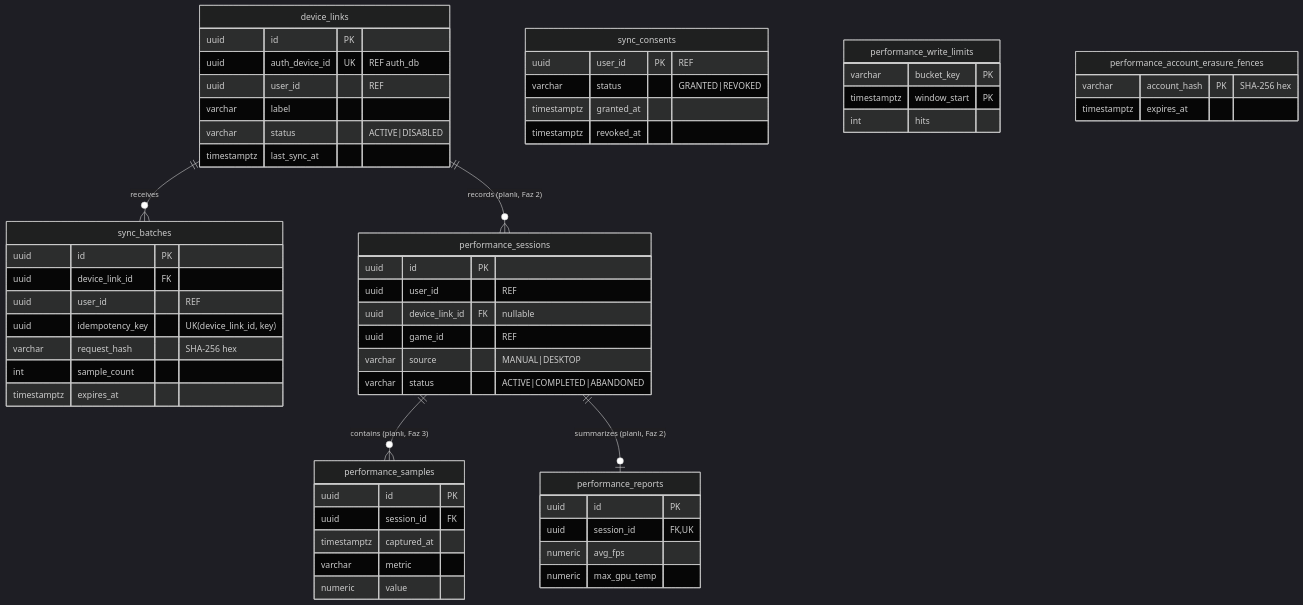
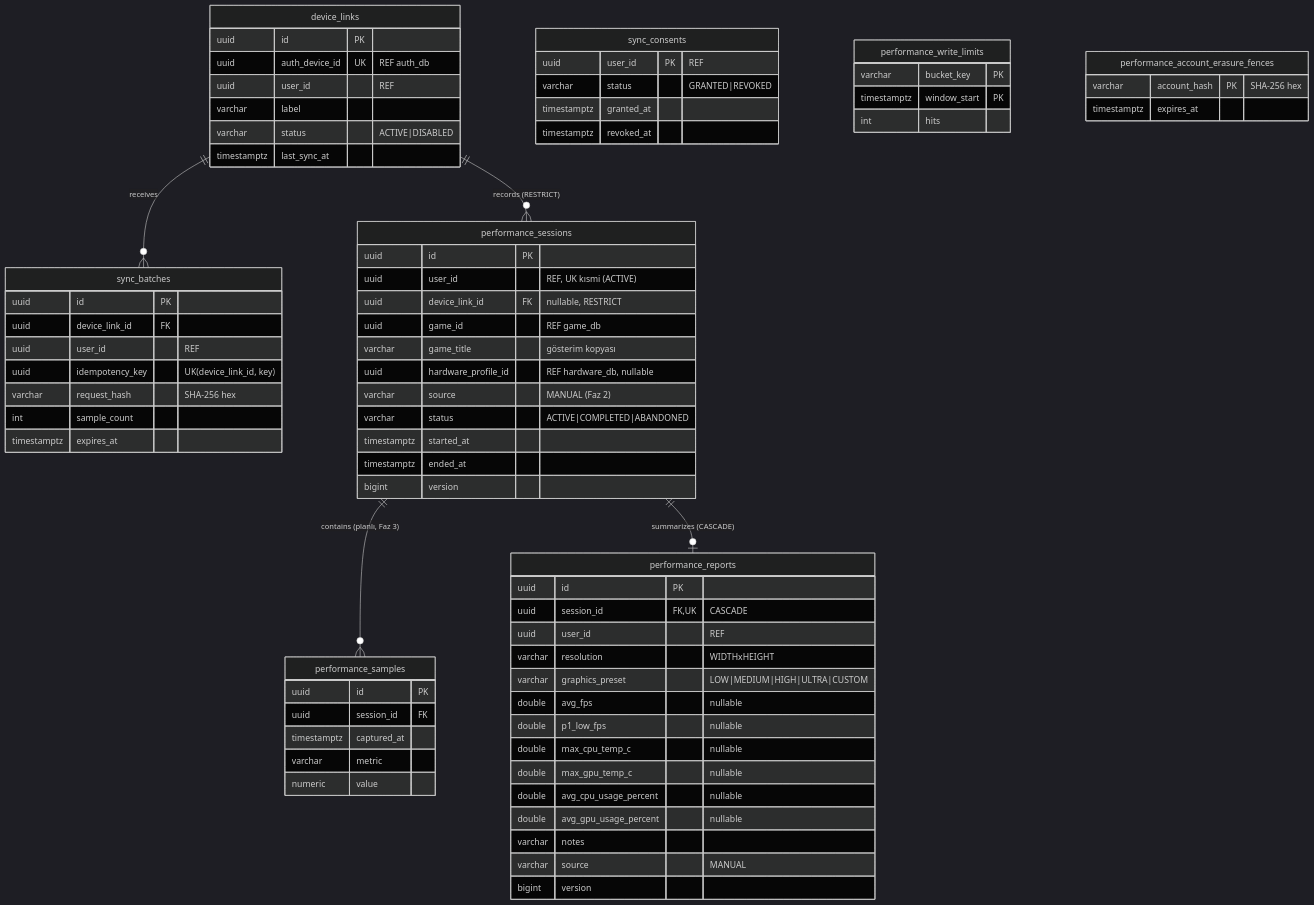
Before and after one commit to alperrte/lobbytwozero: diagram 27 of 29 in docs/er-diagram.md, drawn with Mermaid (dark theme). The commit also changed other lines of this file and 50 other files, not shown here.

````diff
--- a/docs/er-diagram.md
+++ b/docs/er-diagram.md
@@ -1222,61 +1223,76 @@
 ```mermaid
 erDiagram
   device_links ||--o{ sync_batches : receives
-  device_links ||--o{ performance_sessions : "records (planlı, Faz 2)"
+  device_links ||--o{ performance_sessions : "records (RESTRICT)"
   performance_sessions ||--o{ performance_samples : "contains (planlı, Faz 3)"
-  performance_sessions ||--o| performance_reports : "summarizes (planlı, Faz 2)"
+  performance_sessions ||--o| performance_reports : "summarizes (CASCADE)"
 
   sync_consents {
     uuid user_id PK "REF"
     varchar status "GRANTED|REVOKED"
     timestamptz granted_at
     timestamptz revoked_at
   }
   device_links {
     uuid id PK
     uuid auth_device_id UK "REF auth_db"
     uuid user_id "REF"
     varchar label
     varchar status "ACTIVE|DISABLED"
     timestamptz last_sync_at
   }
   sync_batches {
     uuid id PK
     uuid device_link_id FK
     uuid user_id "REF"
     uuid idempotency_key "UK(device_link_id, key)"
     varchar request_hash "SHA-256 hex"
     int sample_count
     timestamptz expires_at
   }
   performance_write_limits {
     varchar bucket_key PK
     timestamptz window_start PK
     int hits
   }
   performance_account_erasure_fences {
     varchar account_hash PK "SHA-256 hex"
     timestamptz expires_at
   }
   performance_sessions {
     uuid id PK
-    uuid user_id "REF"
-    uuid device_link_id FK "nullable"
-    uuid game_id "REF"
-    varchar source "MANUAL|DESKTOP"
+    uuid user_id "REF, UK kısmi (ACTIVE)"
+    uuid device_link_id FK "nullable, RESTRICT"
+    uuid game_id "REF game_db"
+    varchar game_title "gösterim kopyası"
+    uuid hardware_profile_id "REF hardware_db, nullable"
+    varchar source "MANUAL (Faz 2)"
     varchar status "ACTIVE|COMPLETED|ABANDONED"
+    timestamptz started_at
+    timestamptz ended_at
+    bigint version
   }
   performance_samples {
     uuid id PK
     uuid session_id FK
     timestamptz captured_at
     varchar metric
     numeric value
   }
   performance_reports {
     uuid id PK
-    uuid session_id FK,UK
-    numeric avg_fps
-    numeric max_gpu_temp
+    uuid session_id FK,UK "CASCADE"
+    uuid user_id "REF"
+    varchar resolution "WIDTHxHEIGHT"
+    varchar graphics_preset "LOW|MEDIUM|HIGH|ULTRA|CUSTOM"
+    double avg_fps "nullable"
+    double p1_low_fps "nullable"
+    double max_cpu_temp_c "nullable"
+    double max_gpu_temp_c "nullable"
+    double avg_cpu_usage_percent "nullable"
+    double avg_gpu_usage_percent "nullable"
+    varchar notes
+    varchar source "MANUAL"
+    bigint version
   }
 ```
````
